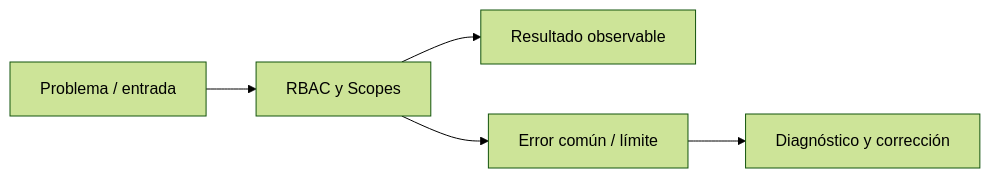
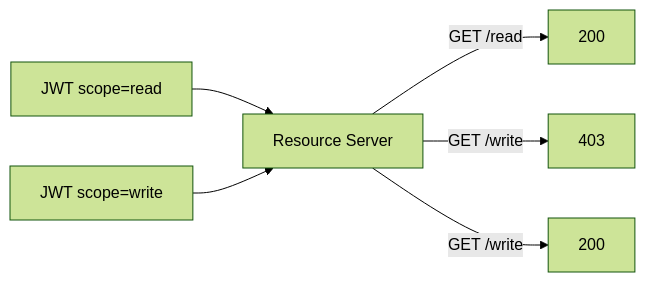
The diagram in docs/cursos/springboot-microservicios-desde-cero/fichas/m09-l06-rbac-y-scopes.md (NICORUIZ93/The_Imperial_Book), drawn with Mermaid (forest theme) before and after one commit. The commit also changed other lines of this file and 119 other files, not shown here.

````diff
--- a/docs/cursos/springboot-microservicios-desde-cero/fichas/m09-l06-rbac-y-scopes.md
+++ b/docs/cursos/springboot-microservicios-desde-cero/fichas/m09-l06-rbac-y-scopes.md
@@ -19,7 +27,8 @@
 ```mermaid
 flowchart LR
-  A[Problema / entrada] --> B[RBAC y Scopes]
-  B --> C[Resultado observable]
-  B --> D[Error común / límite]
-  D --> E[Diagnóstico y corrección]
+  T[JWT scope=read] --> RS[Resource Server]
+  RS -->|GET /read| OK[200]
+  RS -->|GET /write| F[403]
+  T2[JWT scope=write] --> RS
+  RS -->|GET /write| OK2[200]
 ```
````
